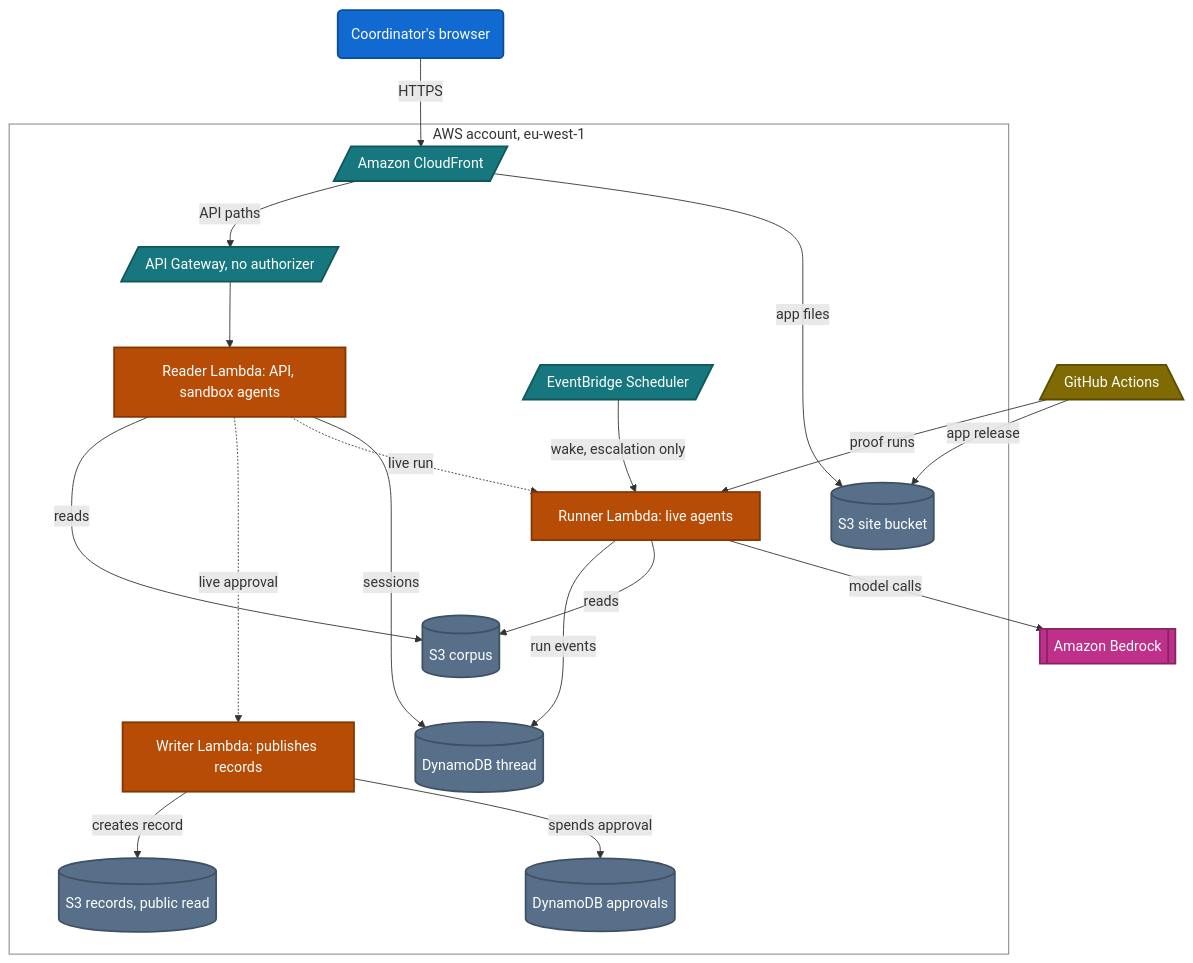
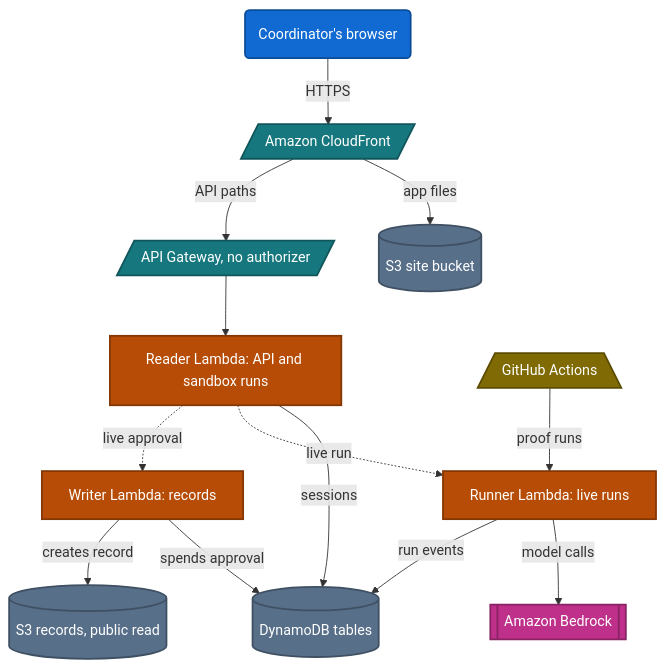
Before and after one commit to upgradedev/merismos-aws: the diagram in README.md, drawn with Mermaid. The commit also changed other lines of this file and 3 other files, not shown here.

First line of the commit message:
docs: diagrams that stay readable at page width (ME19)

````diff
--- a/README.md
+++ b/README.md
@@ -77,47 +77,37 @@
 ```mermaid
 flowchart TB
     accTitle: Merismos overview, what runs where
-    accDescr: A coordinator's browser reaches CloudFront, which serves the app from an S3 bucket and forwards API paths to API Gateway, which has no authorizer. The reader Lambda answers the API, runs the sandbox agents on a scripted model, keeps sessions in DynamoDB and reads the corpus. The runner Lambda runs live agents with Amazon Bedrock when a GitHub Actions proof run starts it; a scheduled wake also invokes it, but only to append an escalation. The writer Lambda spends an approval and creates a publicly readable record. Dotted arrows are the live coordinator path, which the public API refuses.
+    accDescr: A coordinator's browser reaches Amazon CloudFront, which serves the app from an S3 bucket and forwards API paths to API Gateway, which has no authorizer. The reader Lambda answers the API, runs sandbox runs with a scripted model and keeps sessions in DynamoDB. The runner Lambda runs live agents with Amazon Bedrock when a GitHub Actions proof run starts it, and records run events in DynamoDB. The writer Lambda spends an approval in DynamoDB and creates a publicly readable record in S3. Dotted arrows are the live coordinator path, which the public API refuses.
 
     Visitor("Coordinator's browser"):::browser
+    Cdn[/"Amazon CloudFront"/]:::edge
+    Site[("S3 site bucket")]:::store
+    Api[/"API Gateway, no authorizer"/]:::edge
+    Reader["Reader Lambda: API and sandbox runs"]:::agent
+    Runner["Runner Lambda: live runs"]:::agent
+    Writer["Writer Lambda: records"]:::agent
+    Tables[("DynamoDB tables")]:::store
+    Records[("S3 records, public read")]:::store
+    Bedrock[["Amazon Bedrock"]]:::model
     Actions[/"GitHub Actions"\]:::cicd
-    subgraph Aws["AWS account, eu-west-1"]
-        Cdn[/"Amazon CloudFront"/]:::edge
-        Site[("S3 site bucket")]:::store
-        Api[/"API Gateway, no authorizer"/]:::edge
-        Reader["Reader Lambda: API, sandbox agents"]:::agent
-        Wake[/"EventBridge Scheduler"/]:::edge
-        Runner["Runner Lambda: live agents"]:::agent
-        Writer["Writer Lambda: publishes records"]:::agent
-        Thread[("DynamoDB thread")]:::store
-        Approvals[("DynamoDB approvals")]:::store
-        Corpus[("S3 corpus")]:::store
-        Records[("S3 records, public read")]:::store
-    end
-    Bedrock[["Amazon Bedrock"]]:::model
 
     Visitor -->|"HTTPS"| Cdn
     Cdn -->|"app files"| Site
     Cdn -->|"API paths"| Api
     Api --> Reader
-    Reader -->|"sessions"| Thread
+    Reader -->|"sessions"| Tables
     Reader -.->|"live run"| Runner
-    Reader -...->|"live approval"| Writer
-    Actions -->|"app release"| Site
+    Reader -.->|"live approval"| Writer
     Actions -->|"proof runs"| Runner
-    Wake -->|"wake, escalation only"| Runner
     Runner -->|"model calls"| Bedrock
-    Runner -->|"reads"| Corpus
-    Reader -->|"reads"| Corpus
-    Runner --->|"run events"| Thread
-    Writer -->|"spends approval"| Approvals
+    Runner -->|"run events"| Tables
+    Writer -->|"spends approval"| Tables
     Writer -->|"creates record"| Records
 
-    style Aws fill:none,stroke:#6e7781,stroke-width:1px
     classDef browser fill:#116ad1,stroke:#0c4c96,stroke-width:2px,color:#ffffff
     classDef edge fill:#16787e,stroke:#10565b,stroke-width:2px,color:#ffffff
     classDef agent fill:#b64c05,stroke:#833704,stroke-width:2px,color:#ffffff
     classDef store fill:#576f89,stroke:#3f5063,stroke-width:2px,color:#ffffff
     classDef model fill:#be308a,stroke:#892363,stroke-width:2px,color:#ffffff
     classDef cicd fill:#7f6a03,stroke:#5b4c02,stroke-width:2px,color:#ffffff
 ```
````
